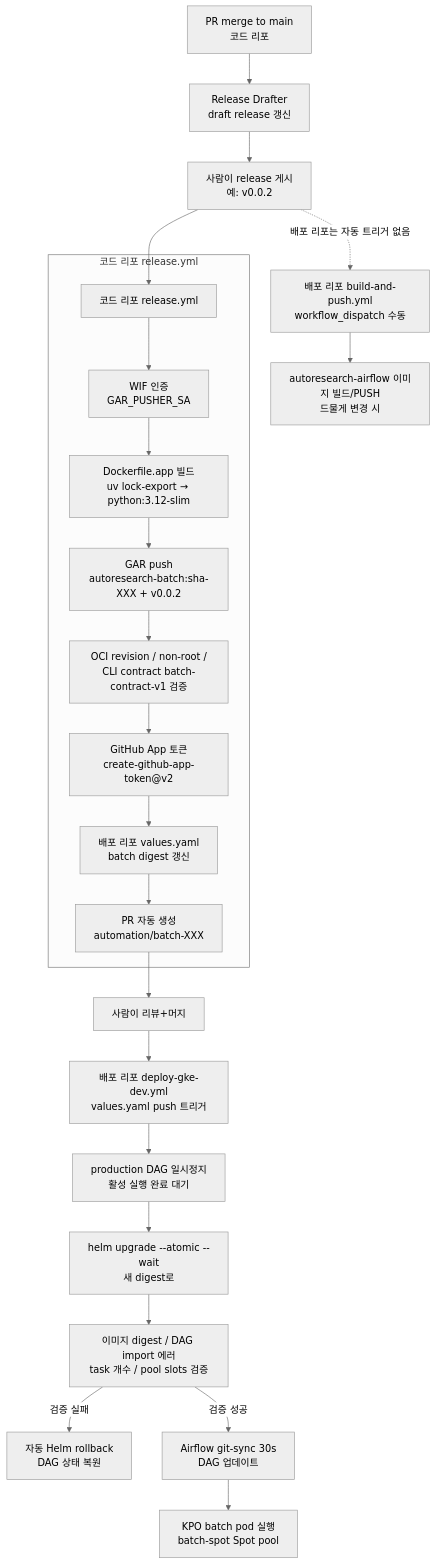
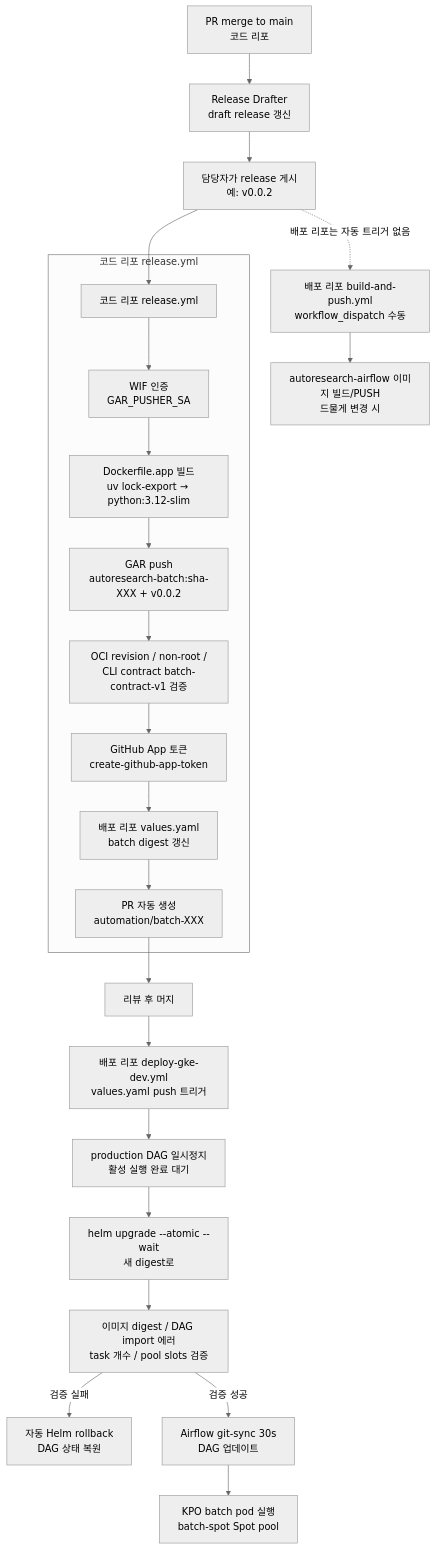
One commit to SKYAHO/Autoresearch changed the diagram in docs/guides/release-pipeline.md. Above: the diagram before and after it, drawn with Mermaid (neutral theme). The commit also changed other lines of this file, not shown here.

Commit message:
docs: Release & 배포 파이프라인 가이드를 팀 스타일로 재작성 (#155)

````diff
--- a/docs/guides/release-pipeline.md
+++ b/docs/guides/release-pipeline.md
@@ -175,28 +22,28 @@
 ```mermaid
 flowchart TD
     PR[PR merge to main<br/>코드 리포] --> RD[Release Drafter<br/>draft release 갱신]
-    RD --> PUB[사람이 release 게시<br/>예: v0.0.2]
+    RD --> PUB[담당자가 release 게시<br/>예: v0.0.2]
     PUB --> RY[코드 리포 release.yml]
 
     subgraph 코드 리포 release.yml
         RY --> WIF1[WIF 인증<br/>GAR_PUSHER_SA]
         WIF1 --> BUILD[Dockerfile.app 빌드<br/>uv lock-export → python:3.12-slim]
         BUILD --> PUSH1[GAR push<br/>autoresearch-batch:sha-XXX + v0.0.2]
         PUSH1 --> VERIFY[OCI revision / non-root /<br/>CLI contract batch-contract-v1 검증]
-        VERIFY --> APP[GitHub App 토큰<br/>create-github-app-token@v2]
+        VERIFY --> APP[GitHub App 토큰<br/>create-github-app-token]
         APP --> PROMO[배포 리포 values.yaml<br/>batch digest 갱신]
         PROMO --> PRAUTO[PR 자동 생성<br/>automation/batch-XXX]
     end
 
-    PRAUTO --> MERGE2[사람이 리뷰+머지]
+    PRAUTO --> MERGE2[리뷰 후 머지]
     MERGE2 --> DEPLOY[배포 리포 deploy-gke-dev.yml<br/>values.yaml push 트리거]
     DEPLOY --> PAUSE[production DAG 일시정지<br/>활성 실행 완료 대기]
     PAUSE --> GKE[helm upgrade --atomic --wait<br/>새 digest로]
     GKE --> VERIFY2[이미지 digest / DAG import 에러<br/>task 개수 / pool slots 검증]
     VERIFY2 -->|검증 실패| ROLLBACK[자동 Helm rollback<br/>DAG 상태 복원]
     VERIFY2 -->|검증 성공| GITSYNC[Airflow git-sync 30s<br/>DAG 업데이트]
     GITSYNC --> KPO[KPO batch pod 실행<br/>batch-spot Spot pool]
 
     PUB -.->|배포 리포는 자동 트리거 없음| BAP[배포 리포 build-and-push.yml<br/>workflow_dispatch 수동]
     BAP --> AIRFLOW[autoresearch-airflow 이미지 빌드/PUSH<br/>드물게 변경 시]
 ```
````
